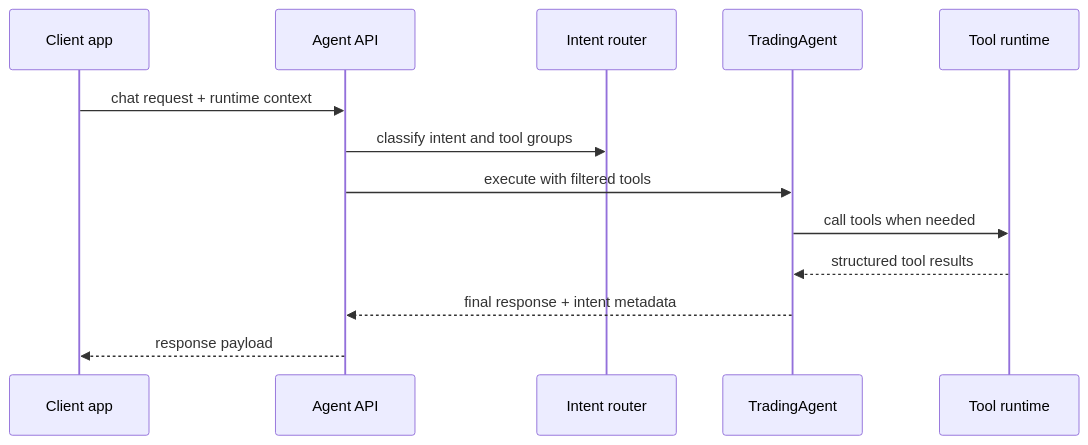
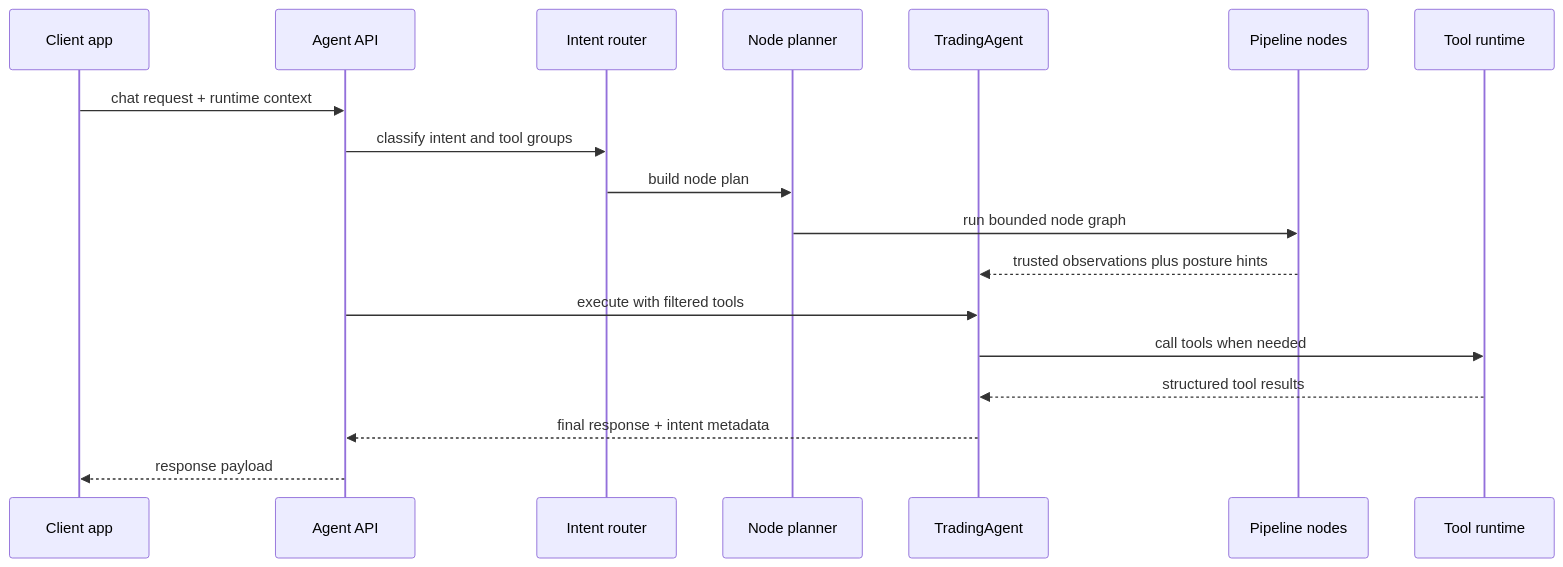
The second of 4 diagrams in api-reference/agent.mdx (FajarArrizki/docs), drawn with Mermaid before and after one commit. The commit also changed other lines of this file and 1 other file, not shown here.

Commit message:
Feat: updete agent inpormation

````diff
--- a/api-reference/agent.mdx
+++ b/api-reference/agent.mdx
@@ -93,16 +118,21 @@
 ```mermaid
 sequenceDiagram
     participant App as Client app
     participant API as Agent API
     participant Router as Intent router
+    participant Planner as Node planner
     participant Agent as TradingAgent
+    participant Nodes as Pipeline nodes
     participant Tools as Tool runtime
 
     App->>API: chat request + runtime context
     API->>Router: classify intent and tool groups
+    Router->>Planner: build node plan
+    Planner->>Nodes: run bounded node graph
+    Nodes-->>Agent: trusted observations plus posture hints
     API->>Agent: execute with filtered tools
     Agent->>Tools: call tools when needed
     Tools-->>Agent: structured tool results
     Agent-->>API: final response + intent metadata
     API-->>App: response payload
 ```
````
